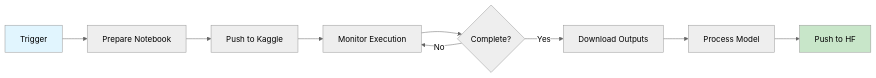
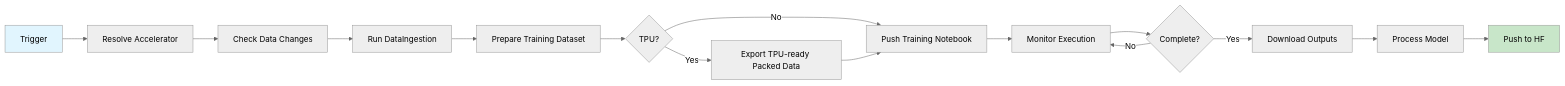
One commit to mpairwe7/FinalYearProject changed the second of 2 diagrams in docs/mlops-workflows.md. Above: the diagram before and after it, drawn with Mermaid (neutral theme). The commit also changed other lines of this file and 14 other files, not shown here.

````diff
--- a/docs/mlops-workflows.md
+++ b/docs/mlops-workflows.md
@@ -284,14 +305,20 @@
 ```mermaid
 graph LR
-    A[Trigger] --> B[Prepare Notebook]
-    B --> C[Push to Kaggle]
-    C --> D[Monitor Execution]
-    D --> E{Complete?}
-    E -->|No| D
-    E -->|Yes| F[Download Outputs]
-    F --> G[Process Model]
-    G --> H[Push to HF]
+    A[Trigger] --> B[Resolve Accelerator]
+    B --> C[Check Data Changes]
+    C --> D[Run DataIngestion]
+    D --> E[Prepare Training Dataset]
+    E --> F{TPU?}
+    F -->|Yes| G[Export TPU-ready Packed Data]
+    F -->|No| H[Push Training Notebook]
+    G --> H
+    H --> I[Monitor Execution]
+    I --> J{Complete?}
+    J -->|No| I
+    J -->|Yes| K[Download Outputs]
+    K --> L[Process Model]
+    L --> M[Push to HF]
     
     style A fill:#e1f5fe
-    style H fill:#c8e6c9
+    style M fill:#c8e6c9
 ```
````
